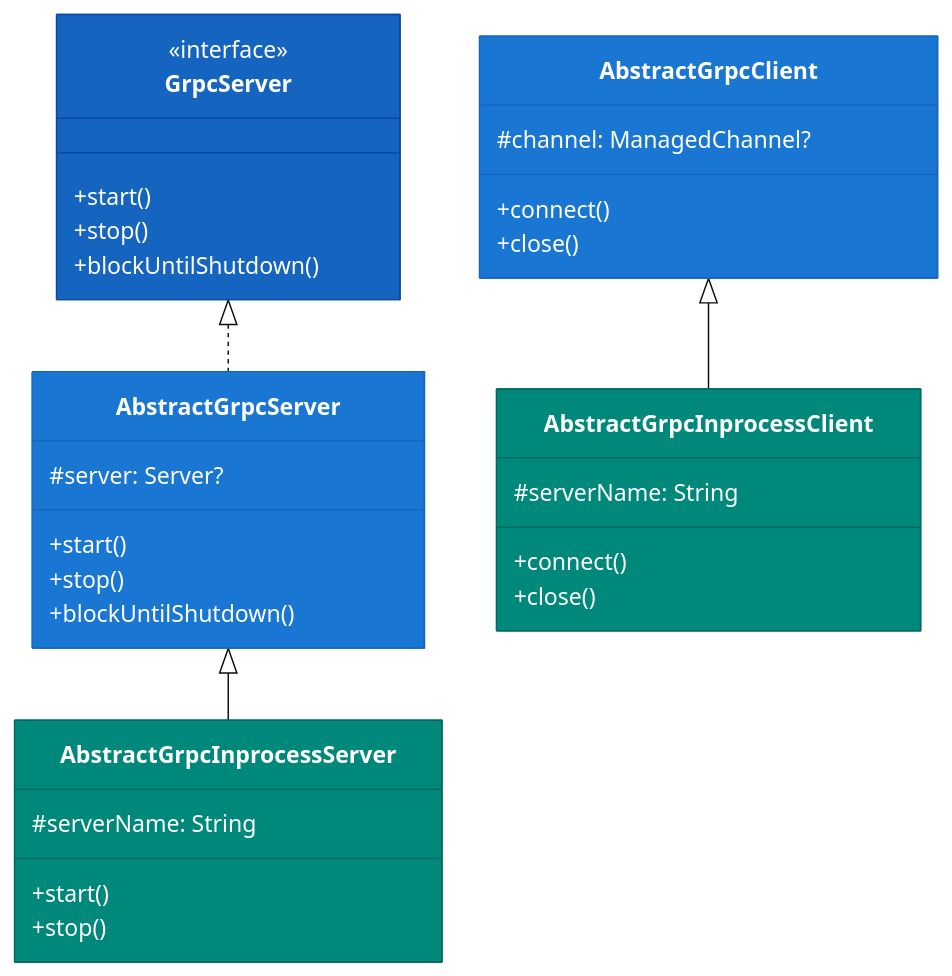
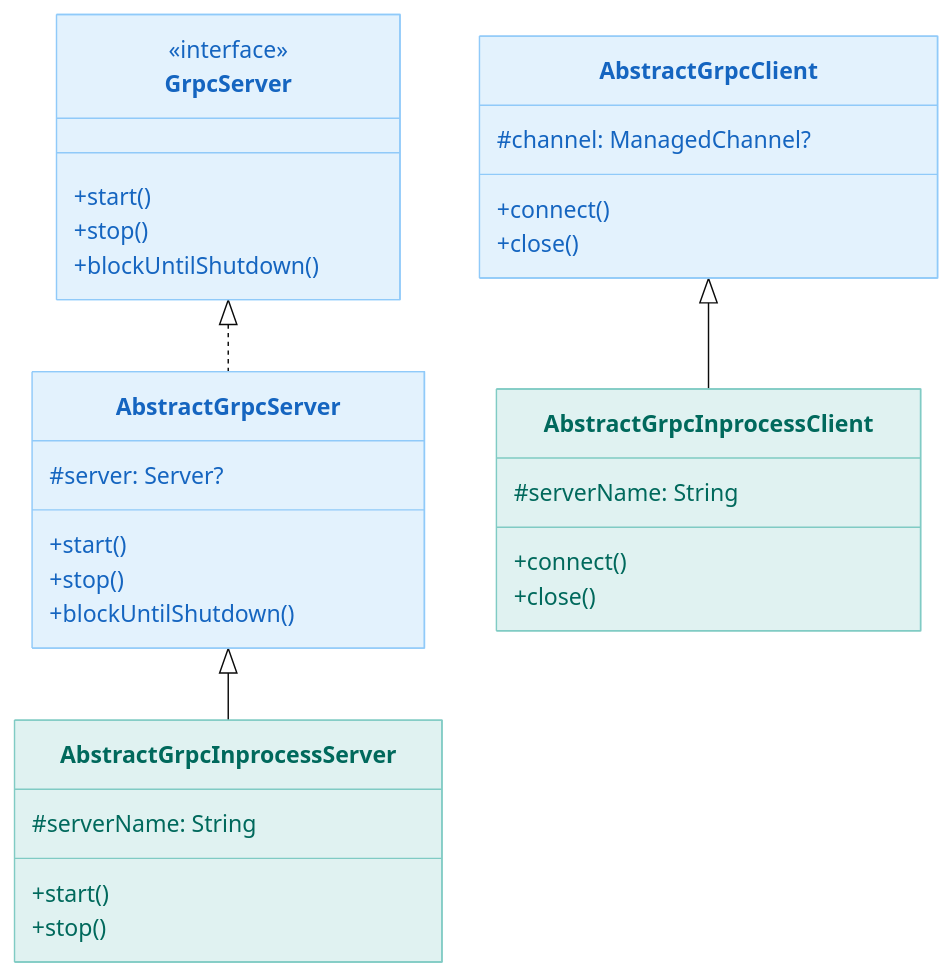
One commit to bluetape4k/bluetape4k-projects changed the first of 4 diagrams in io/grpc/README.md. Above: the diagram before and after it, drawn with Mermaid (base theme). The commit also changed other lines of this file and 219 other files, not shown here.

First line of the commit message:
docs: 전체 README Mermaid 다이어그램 가이드 적용

````diff
--- a/io/grpc/README.md
+++ b/io/grpc/README.md
@@ -16,44 +16,44 @@
 ```mermaid
 classDiagram
     class GrpcServer {
         <<interface>>
         +start()
         +stop()
         +blockUntilShutdown()
     }
 
     class AbstractGrpcServer {
         #server: Server?
         +start()
         +stop()
         +blockUntilShutdown()
     }
 
     class AbstractGrpcClient {
         #channel: ManagedChannel?
         +connect()
         +close()
     }
 
     class AbstractGrpcInprocessServer {
         #serverName: String
         +start()
         +stop()
     }
 
     class AbstractGrpcInprocessClient {
         #serverName: String
         +connect()
         +close()
     }
 
     GrpcServer <|.. AbstractGrpcServer
     AbstractGrpcServer <|-- AbstractGrpcInprocessServer
     AbstractGrpcClient <|-- AbstractGrpcInprocessClient
 
-    style GrpcServer fill:#1565C0,stroke:#0D47A1,color:#FFFFFF
-    style AbstractGrpcServer fill:#1976D2,stroke:#1565C0,color:#FFFFFF
-    style AbstractGrpcClient fill:#1976D2,stroke:#1565C0,color:#FFFFFF
-    style AbstractGrpcInprocessServer fill:#00897B,stroke:#00695C,color:#FFFFFF
-    style AbstractGrpcInprocessClient fill:#00897B,stroke:#00695C,color:#FFFFFF
+    style GrpcServer fill:#E3F2FD,stroke:#90CAF9,color:#1565C0
+    style AbstractGrpcServer fill:#E3F2FD,stroke:#90CAF9,color:#1565C0
+    style AbstractGrpcClient fill:#E3F2FD,stroke:#90CAF9,color:#1565C0
+    style AbstractGrpcInprocessServer fill:#E0F2F1,stroke:#80CBC4,color:#00695C
+    style AbstractGrpcInprocessClient fill:#E0F2F1,stroke:#80CBC4,color:#00695C
 ```
````
